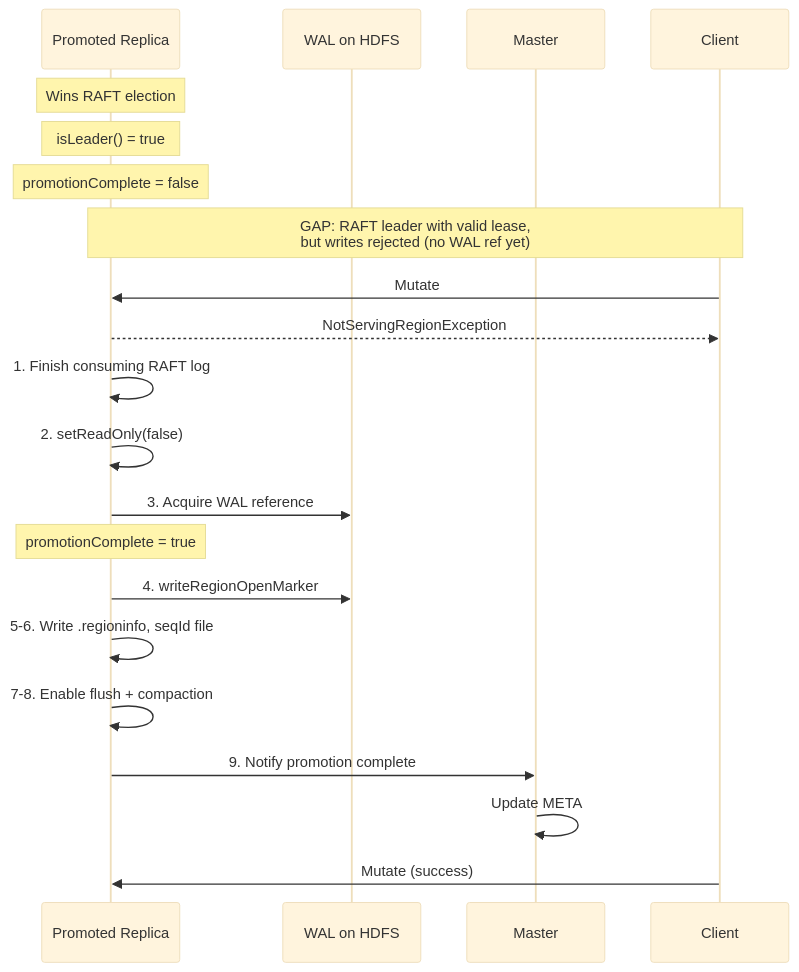
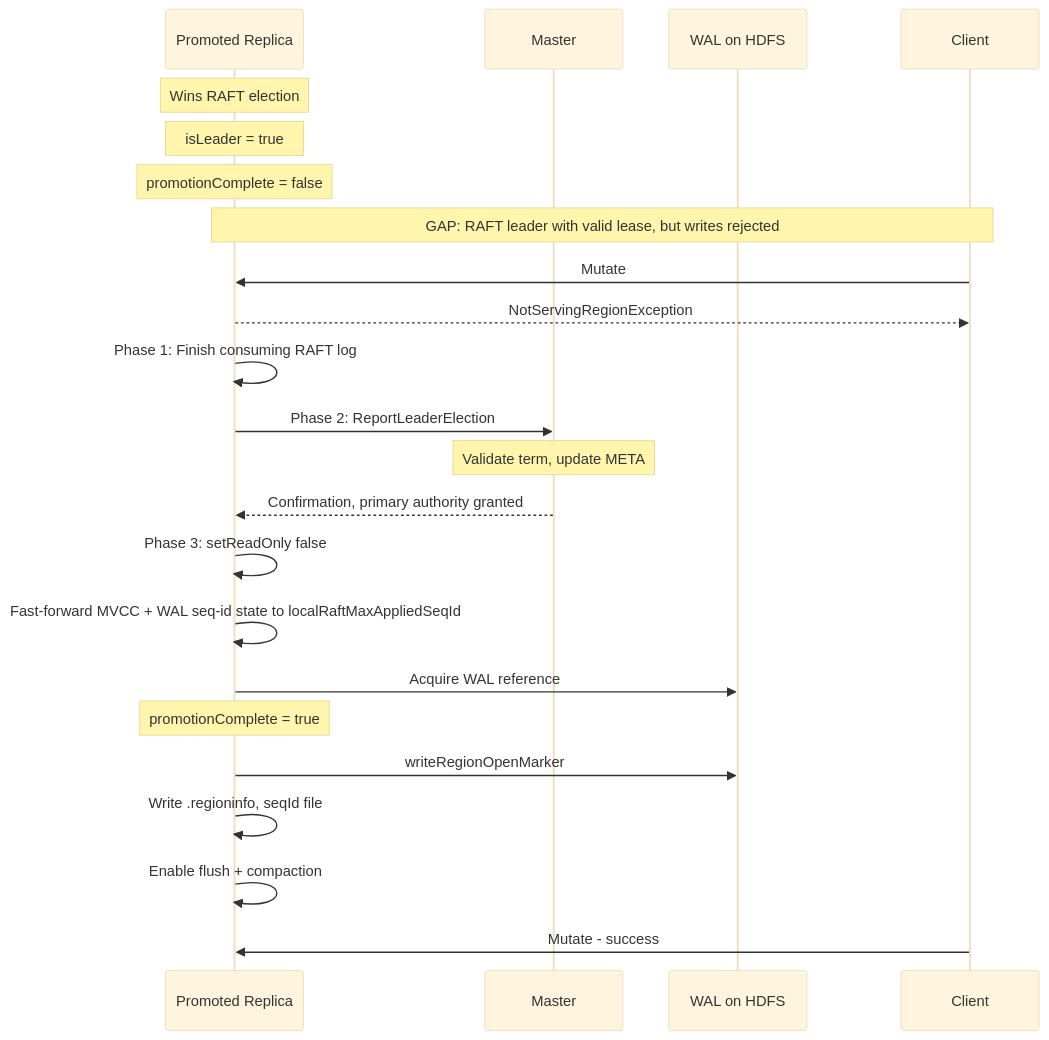
Before and after one commit to apurtell/hbase: diagram 13 of 17 in RAFT_REGION_REPLICAS.md, drawn with Mermaid (base theme). The commit also changed other lines of this file and 7 other files, not shown here.

````diff
--- a/RAFT_REGION_REPLICAS.md
+++ b/RAFT_REGION_REPLICAS.md
@@ -661,29 +1056,34 @@
 ```mermaid
 sequenceDiagram
     participant R as Promoted Replica
+    participant M as Master
     participant WAL as WAL on HDFS
-    participant M as Master
     participant C as Client
 
     Note over R: Wins RAFT election
-    Note over R: isLeader() = true
+    Note over R: isLeader = true
     Note over R: promotionComplete = false
 
-    Note over R,C: GAP: RAFT leader with valid lease,<br/>but writes rejected (no WAL ref yet)
+    Note over R,C: GAP: RAFT leader with valid lease, but writes rejected
+
     C->>R: Mutate
     R-->>C: NotServingRegionException
 
-    R->>R: 1. Finish consuming RAFT log
-    R->>R: 2. setReadOnly(false)
-    R->>WAL: 3. Acquire WAL reference
+    R->>R: Phase 1: Finish consuming RAFT log
+
+    R->>M: Phase 2: ReportLeaderElection
+    Note over M: Validate term, update META
+    M-->>R: Confirmation, primary authority granted
+
+    R->>R: Phase 3: setReadOnly false
+    R->>R: Fast-forward MVCC + WAL seq-id state to localRaftMaxAppliedSeqId
+    R->>WAL: Acquire WAL reference
 
     Note over R: promotionComplete = true
 
-    R->>WAL: 4. writeRegionOpenMarker
-    R->>R: 5-6. Write .regioninfo, seqId file
-    R->>R: 7-8. Enable flush + compaction
-    R->>M: 9. Notify promotion complete
-    M->>M: Update META
+    R->>WAL: writeRegionOpenMarker
+    R->>R: Write .regioninfo, seqId file
+    R->>R: Enable flush + compaction
 
-    C->>R: Mutate (success)
+    C->>R: Mutate - success
 ```
````
